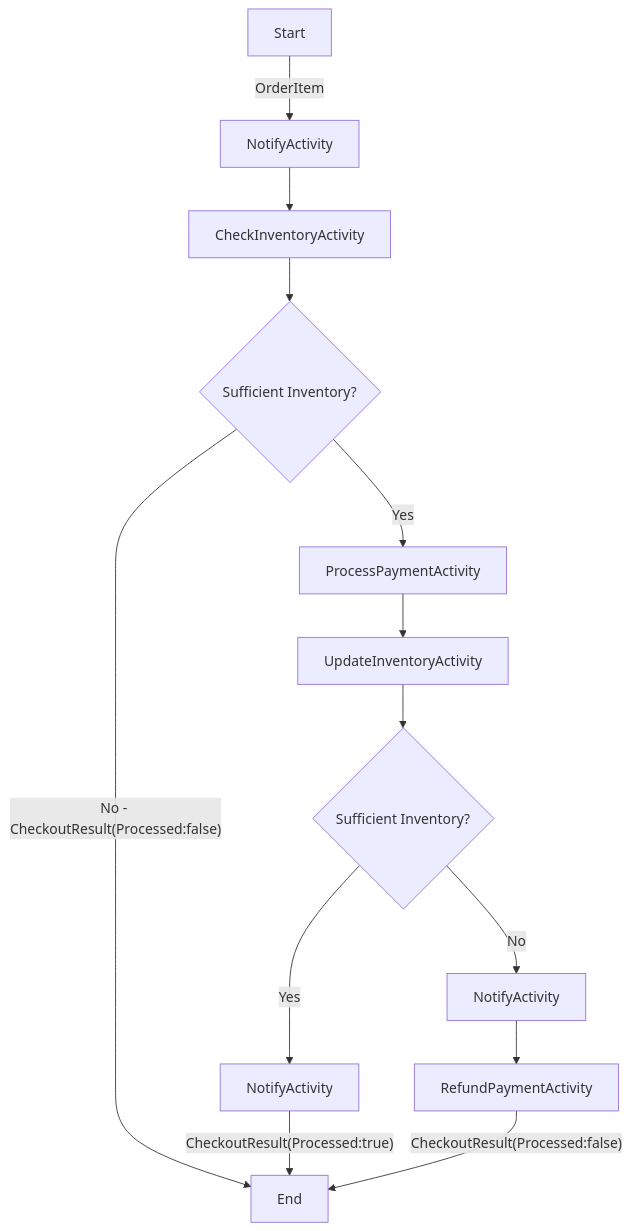
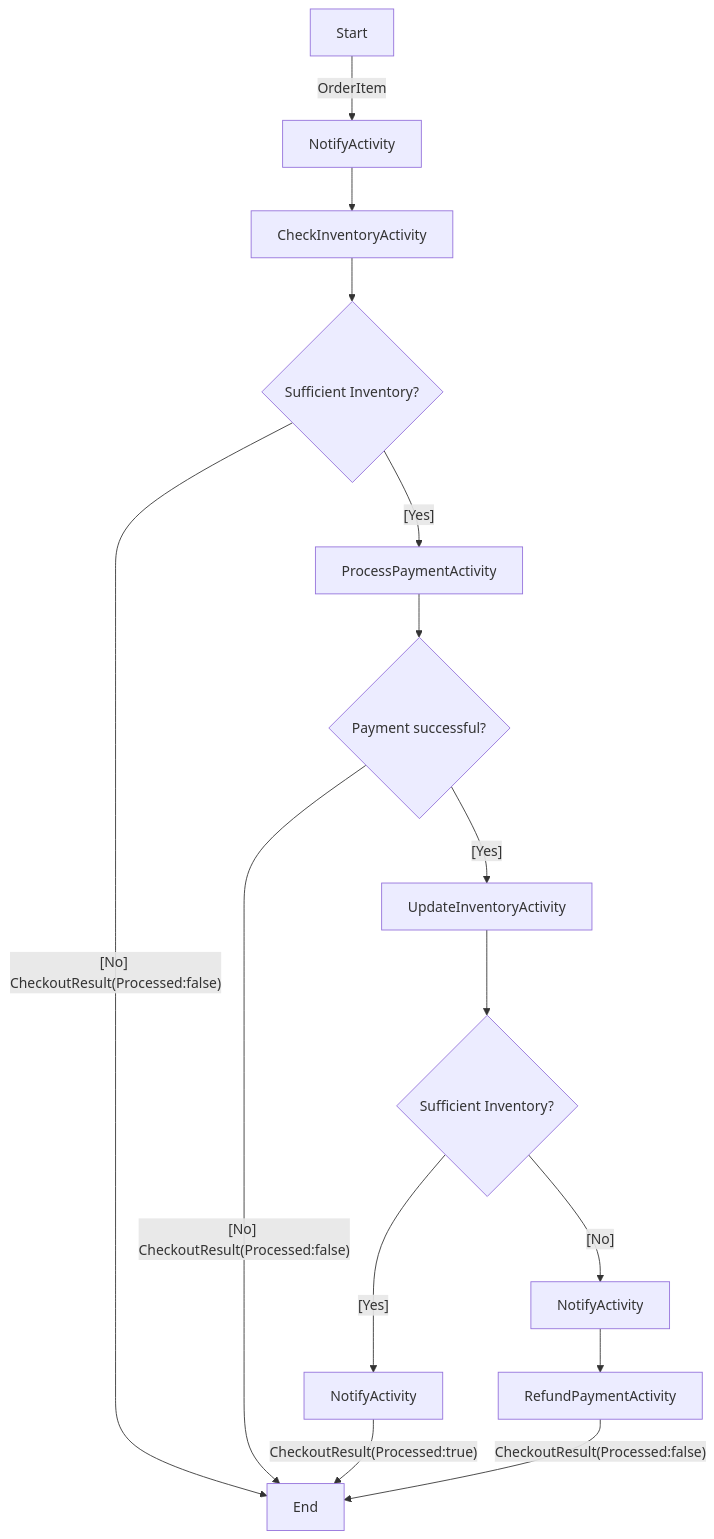
Before and after one commit to diagrid-labs/dapr-workflow-demos: the seventh of 7 diagrams in README.md, drawn with Mermaid.

Commit message:
Update diagram

````diff
--- a/README.md
+++ b/README.md
@@ -377,21 +377,24 @@
 ```mermaid
 graph TD
     A[Start]
     B[NotifyActivity]
     C[CheckInventoryActivity]
     X{Sufficient Inventory?}
     D[ProcessPaymentActivity]
+    P{Payment successful?}
     E[UpdateInventoryActivity]
     F[RefundPaymentActivity]
     BB[NotifyActivity]
     BBB[NotifyActivity]
     XX{Sufficient Inventory?}
     Z[End]
     A --> |OrderItem| B --> C
     C --> X
-    X -->|Yes| D
-    X -->|"No - CheckoutResult(Processed:false)"| Z
-    D --> E --> XX
-    XX -->|Yes| BB --> |"CheckoutResult(Processed:true)"| Z
-    XX -->|No| BBB --> F --> |"CheckoutResult(Processed:false)"| Z
+    X -->|"[Yes]"| D
+    X -->|"[No] CheckoutResult(Processed:false)"| Z
+    D --> P
+    P -->|"[Yes]"| E --> XX
+    P -->|"[No] CheckoutResult(Processed:false)"| Z
+    XX -->|"[Yes]"| BB --> |"CheckoutResult(Processed:true)"| Z
+    XX -->|"[No]"| BBB --> F --> |"CheckoutResult(Processed:false)"| Z
 ```
````
